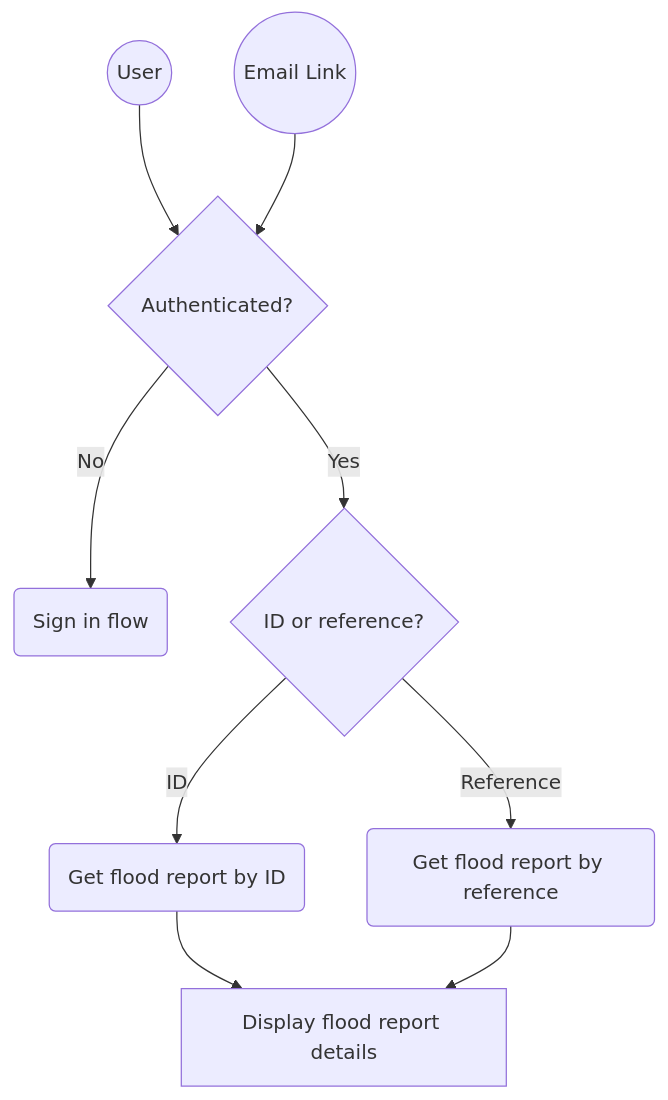
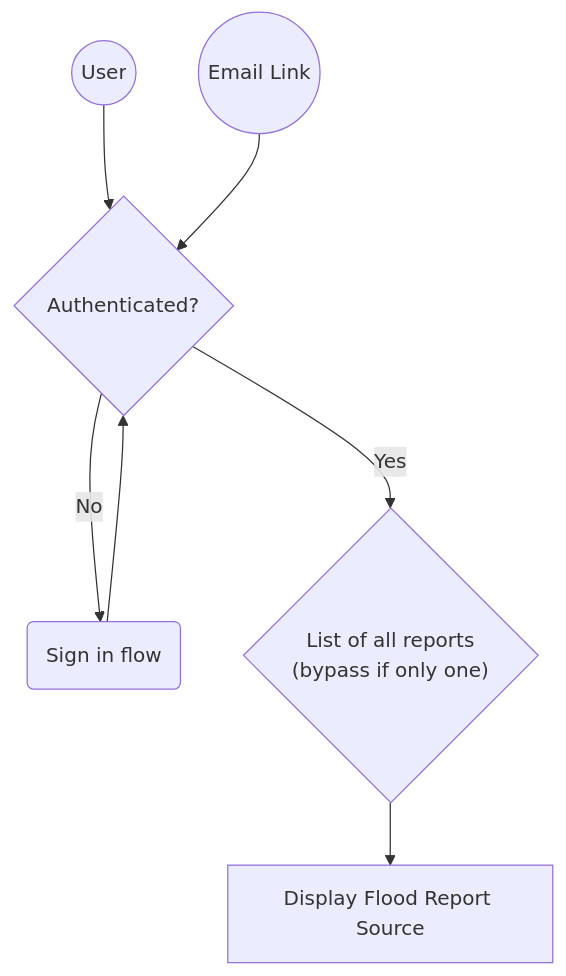
Before and after one commit to Dorset-Council-UK/FloodOnlineReportingTool.Public: the second of 2 diagrams in docs/flows/overview.md, drawn with Mermaid. The commit also changed other lines of this file and 3 other files, not shown here.

Commit message:
Further updates to flows folder

````diff
--- a/docs/flows/overview.md
+++ b/docs/flows/overview.md
@@ -13,11 +19,9 @@
 ```mermaid
 flowchart TD
     User(("User")) --> Authenticated{"Authenticated?"}
     EmailLink(("Email Link")) --> Authenticated
     Authenticated -->|No| SignInFlow("Sign in flow")
-    Authenticated -->|Yes| IdOrReference{"ID or reference?"}
-    IdOrReference -->|ID| GetDataById("Get flood report by ID")
-    IdOrReference -->|Reference| GetDataByReference("Get flood report by reference")
-    GetDataById --> DisplayFloodReport["Display flood report details"]
-    GetDataByReference --> DisplayFloodReport
+    SignInFlow --> Authenticated
+    Authenticated -->|Yes| ListOfReports{"List of all reports<br>(bypass if only one)"}
+    ListOfReports --> DisplayFloodReport["Display Flood Report Source"]
 ```
````
